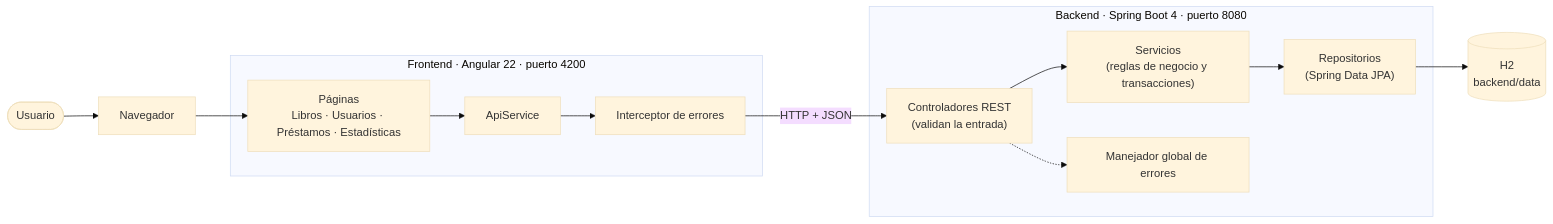
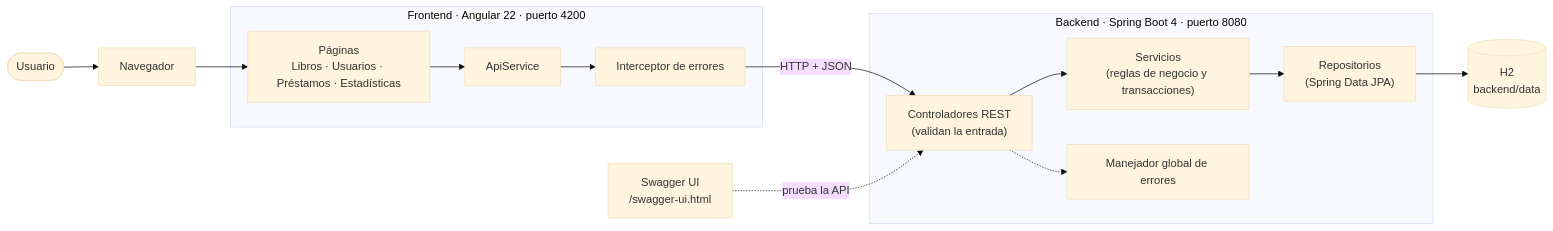
Before and after one commit to zseuz/biblioteca: the second of 9 diagrams in README.md, drawn with Mermaid (base theme). The commit also changed other lines of this file and 3 other files, not shown here.

````diff
--- a/README.md
+++ b/README.md
@@ -228,22 +230,24 @@
 ```mermaid
 flowchart LR
     U(["Usuario"]) --> B["Navegador"]
     subgraph FE["Frontend · Angular 22 · puerto 4200"]
         P["Páginas<br/>Libros · Usuarios · Préstamos · Estadísticas"]
         S["ApiService"]
         I["Interceptor de errores"]
         P --> S --> I
     end
     subgraph BE["Backend · Spring Boot 4 · puerto 8080"]
         C["Controladores REST<br/>(validan la entrada)"]
         SV["Servicios<br/>(reglas de negocio y transacciones)"]
         R["Repositorios<br/>(Spring Data JPA)"]
         EH["Manejador global de errores"]
         C --> SV --> R
         C -.-> EH
     end
     DB[("H2<br/>backend/data")]
+    SW["Swagger UI<br/>/swagger-ui.html"]
     B --> P
     I -- "HTTP + JSON" --> C
+    SW -. "prueba la API" .-> C
     R --> DB
 ```
````
